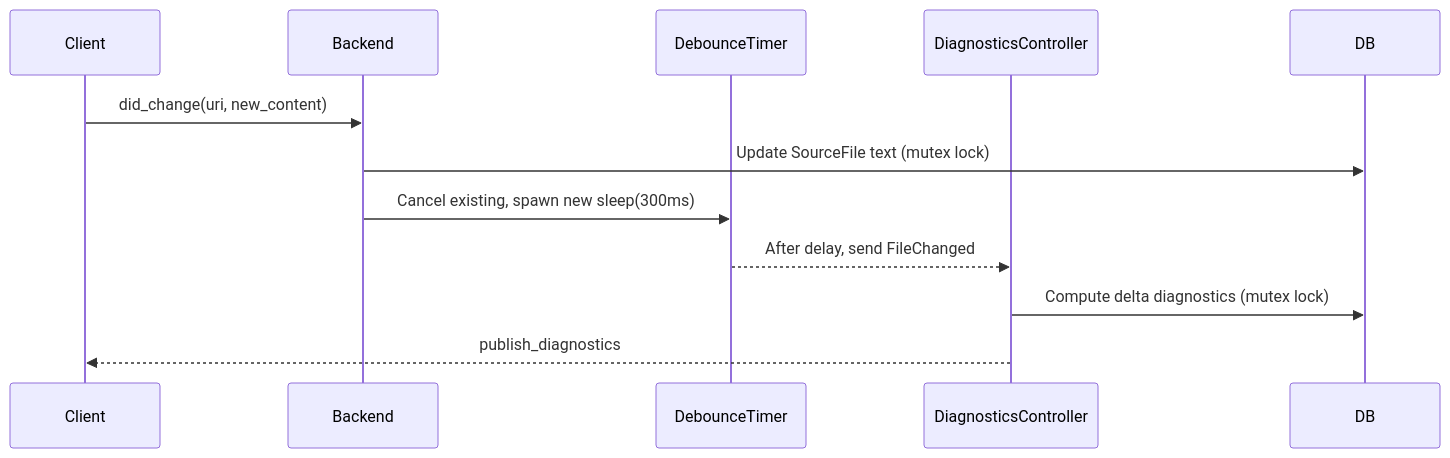
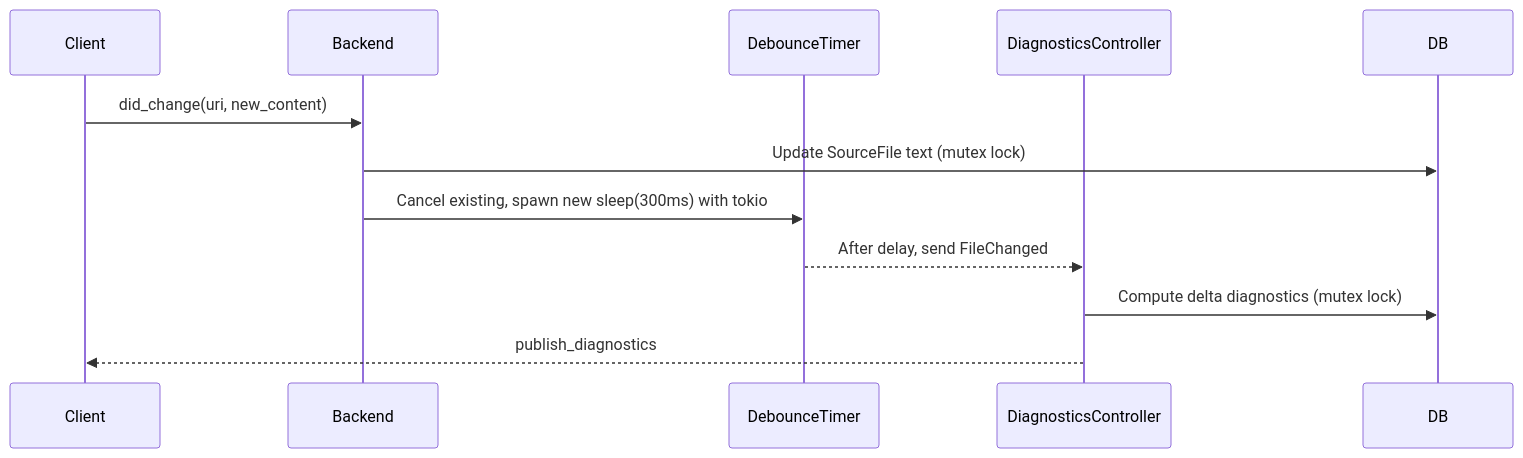
One commit to kkrt-labs/cairo-m changed the third of 4 diagrams in crates/cairo-m-ls/docs/design.md. Above: the diagram before and after it, drawn with Mermaid. The commit also changed other lines of this file and 11 other files, not shown here.

````diff
--- a/crates/cairo-m-ls/docs/design.md
+++ b/crates/cairo-m-ls/docs/design.md
@@ -173,15 +174,15 @@
 ```mermaid
 sequenceDiagram
     participant Client
     participant Backend
     participant DebounceTimer
     participant DiagnosticsController
     participant DB
 
     Client->>Backend: did_change(uri, new_content)
     Backend->>DB: Update SourceFile text (mutex lock)
-    Backend->>DebounceTimer: Cancel existing, spawn new sleep(300ms)
+    Backend->>DebounceTimer: Cancel existing, spawn new sleep(300ms) with tokio
     DebounceTimer-->>DiagnosticsController: After delay, send FileChanged
     DiagnosticsController->>DB: Compute delta diagnostics (mutex lock)
     DiagnosticsController-->>Client: publish_diagnostics
 ```
````
